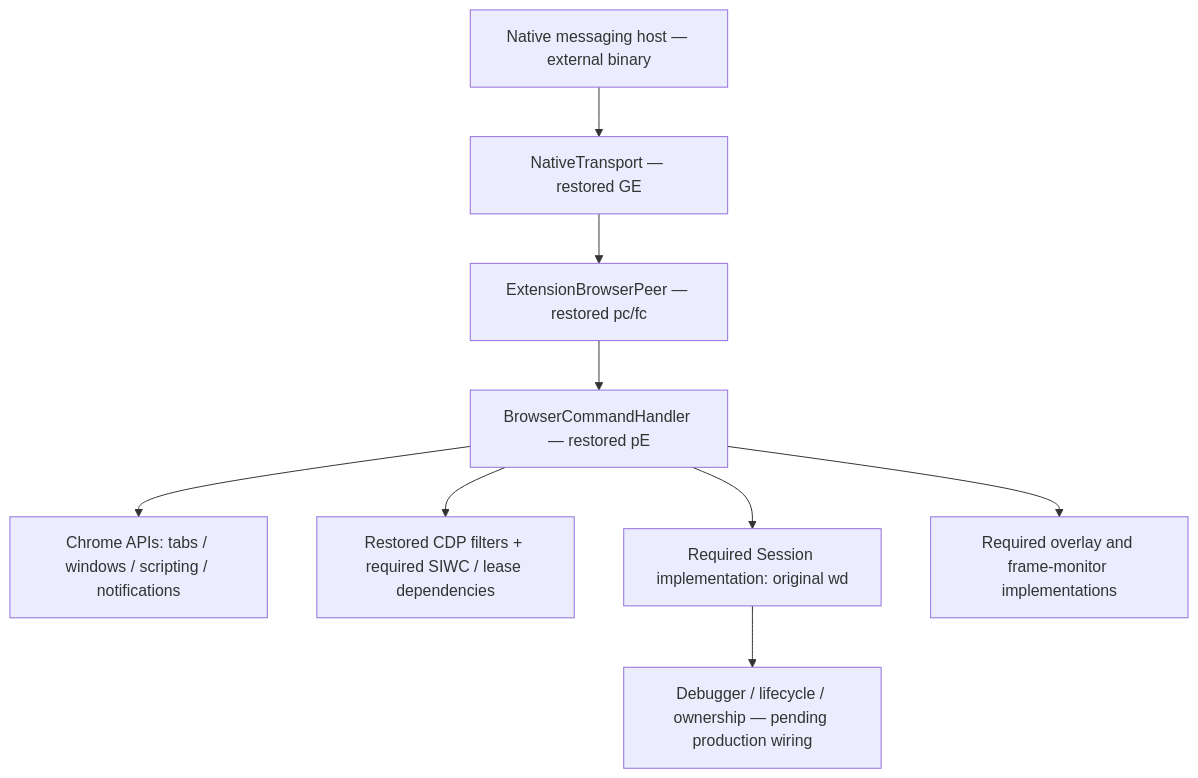
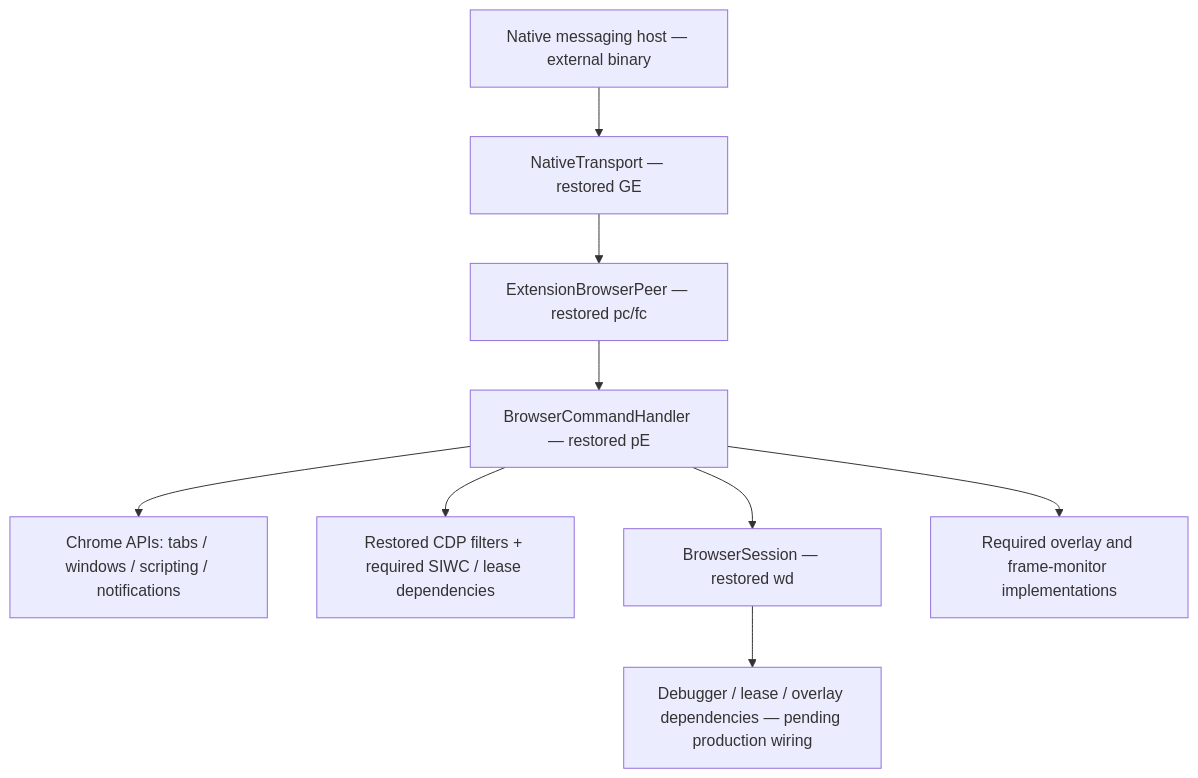
The diagram in packages/browser-extension/README.md (vicksiyi/cua-kit), drawn with Mermaid before and after one commit. The commit also changed other lines of this file and 7 other files, not shown here.

Commit message:
feat: restore full extension browser session lifecycle

````diff
--- a/packages/browser-extension/README.md
+++ b/packages/browser-extension/README.md
@@ -49,11 +51,11 @@
 ```mermaid
 flowchart TD
   Host[Native messaging host — external binary] --> Transport[NativeTransport — restored GE]
   Transport --> Peer[ExtensionBrowserPeer — restored pc/fc]
   Peer --> Handler[BrowserCommandHandler — restored pE]
   Handler --> Chrome[Chrome APIs: tabs / windows / scripting / notifications]
   Handler --> Guards[Restored CDP filters + required SIWC / lease dependencies]
-  Handler --> Session[Required Session implementation: original wd]
+  Handler --> Session[BrowserSession — restored wd]
   Handler --> Overlay[Required overlay and frame-monitor implementations]
-  Session --> Actual[Debugger / lifecycle / ownership — pending production wiring]
+  Session --> Actual[Debugger / lease / overlay dependencies — pending production wiring]
 ```
````
